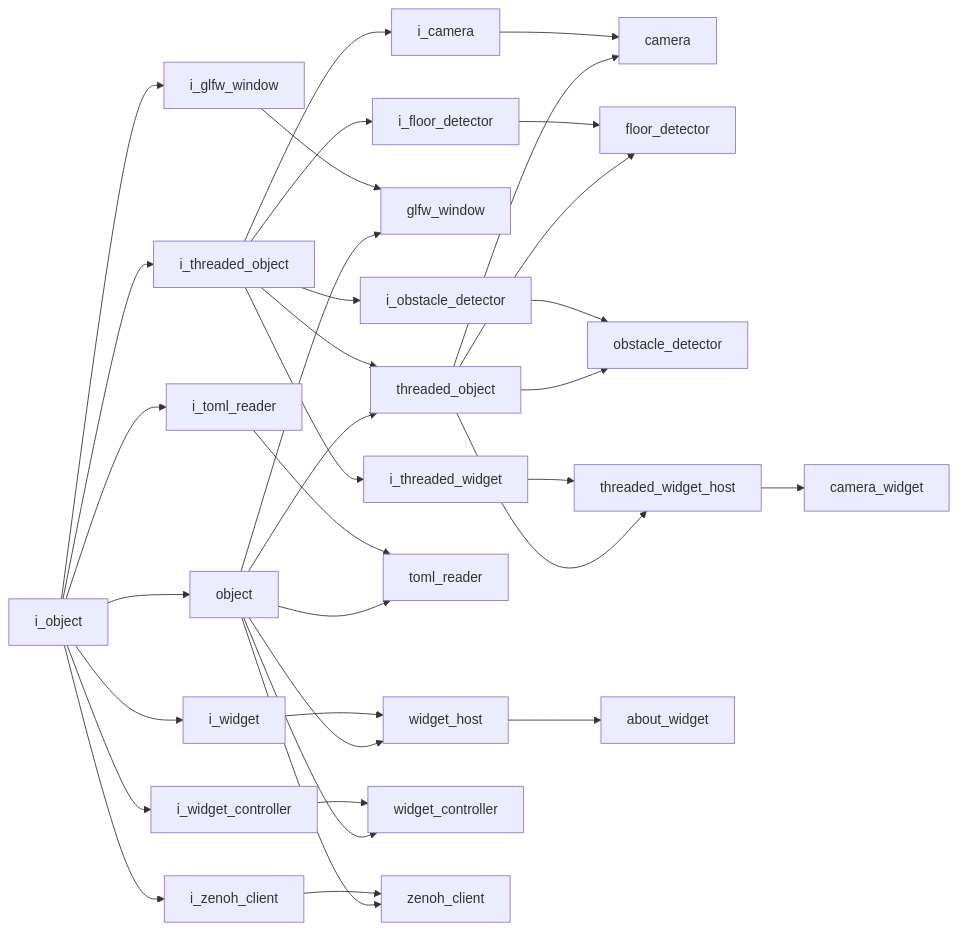
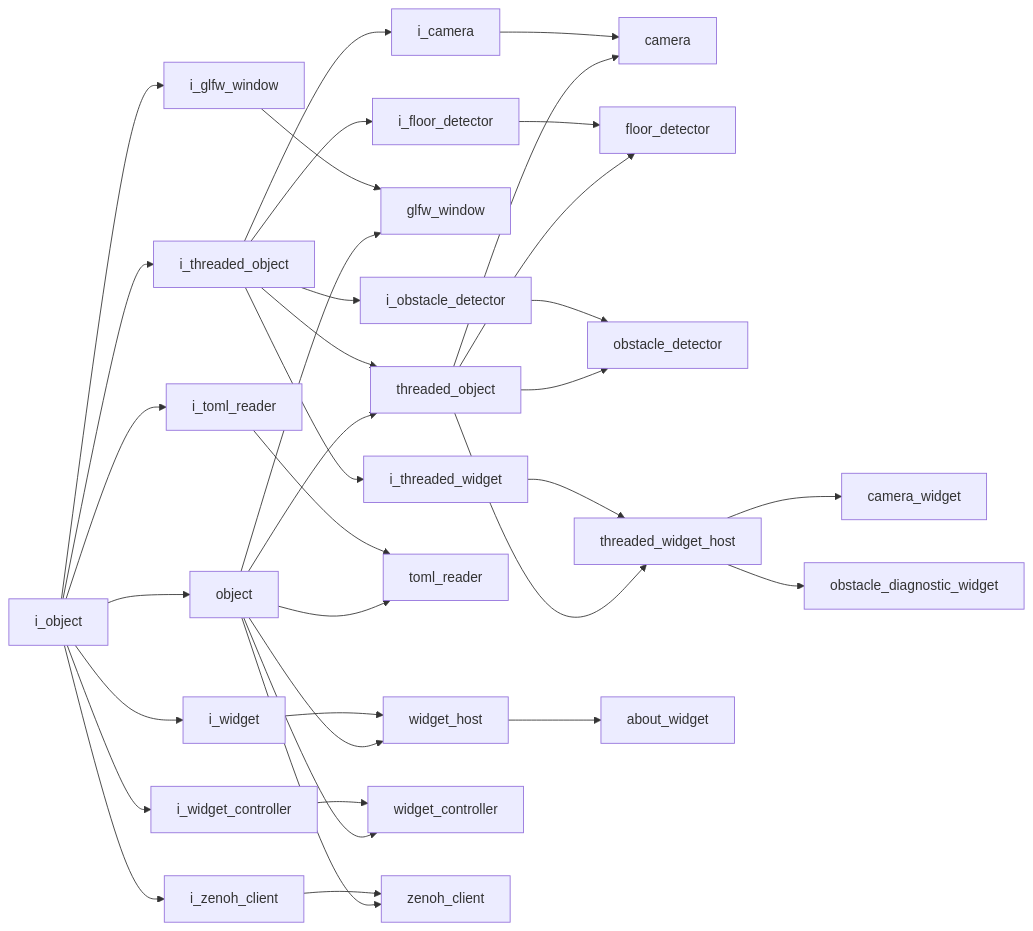
Before and after one commit to kasper-szczerba/acs_wiki: the diagram in docs/codebase/namespaces/index.md, drawn with Mermaid. The commit also changed 19 other files, not shown here.

````diff
--- a/docs/codebase/namespaces/index.md
+++ b/docs/codebase/namespaces/index.md
@@ -15,36 +15,37 @@
 ```mermaid
 graph LR
     i_camera["i_camera"] --> camera["camera"]
     i_floor_detector["i_floor_detector"] --> floor_detector["floor_detector"]
     i_glfw_window["i_glfw_window"] --> glfw_window["glfw_window"]
     i_object["i_object"] --> i_glfw_window["i_glfw_window"]
     i_object["i_object"] --> i_threaded_object["i_threaded_object"]
     i_object["i_object"] --> i_toml_reader["i_toml_reader"]
     i_object["i_object"] --> i_widget["i_widget"]
     i_object["i_object"] --> i_widget_controller["i_widget_controller"]
     i_object["i_object"] --> i_zenoh_client["i_zenoh_client"]
     i_object["i_object"] --> object["object"]
     i_obstacle_detector["i_obstacle_detector"] --> obstacle_detector["obstacle_detector"]
     i_threaded_object["i_threaded_object"] --> i_camera["i_camera"]
     i_threaded_object["i_threaded_object"] --> i_floor_detector["i_floor_detector"]
     i_threaded_object["i_threaded_object"] --> i_obstacle_detector["i_obstacle_detector"]
     i_threaded_object["i_threaded_object"] --> i_threaded_widget["i_threaded_widget"]
     i_threaded_object["i_threaded_object"] --> threaded_object["threaded_object"]
     i_threaded_widget["i_threaded_widget"] --> threaded_widget_host["threaded_widget_host"]
     i_toml_reader["i_toml_reader"] --> toml_reader["toml_reader"]
     i_widget["i_widget"] --> widget_host["widget_host"]
     i_widget_controller["i_widget_controller"] --> widget_controller["widget_controller"]
     i_zenoh_client["i_zenoh_client"] --> zenoh_client["zenoh_client"]
     object["object"] --> glfw_window["glfw_window"]
     object["object"] --> threaded_object["threaded_object"]
     object["object"] --> toml_reader["toml_reader"]
     object["object"] --> widget_controller["widget_controller"]
     object["object"] --> widget_host["widget_host"]
     object["object"] --> zenoh_client["zenoh_client"]
     threaded_object["threaded_object"] --> camera["camera"]
     threaded_object["threaded_object"] --> floor_detector["floor_detector"]
     threaded_object["threaded_object"] --> obstacle_detector["obstacle_detector"]
     threaded_object["threaded_object"] --> threaded_widget_host["threaded_widget_host"]
     threaded_widget_host["threaded_widget_host"] --> camera_widget["camera_widget"]
+    threaded_widget_host["threaded_widget_host"] --> obstacle_diagnostic_widget["obstacle_diagnostic_widget"]
     widget_host["widget_host"] --> about_widget["about_widget"]
 ```
````
